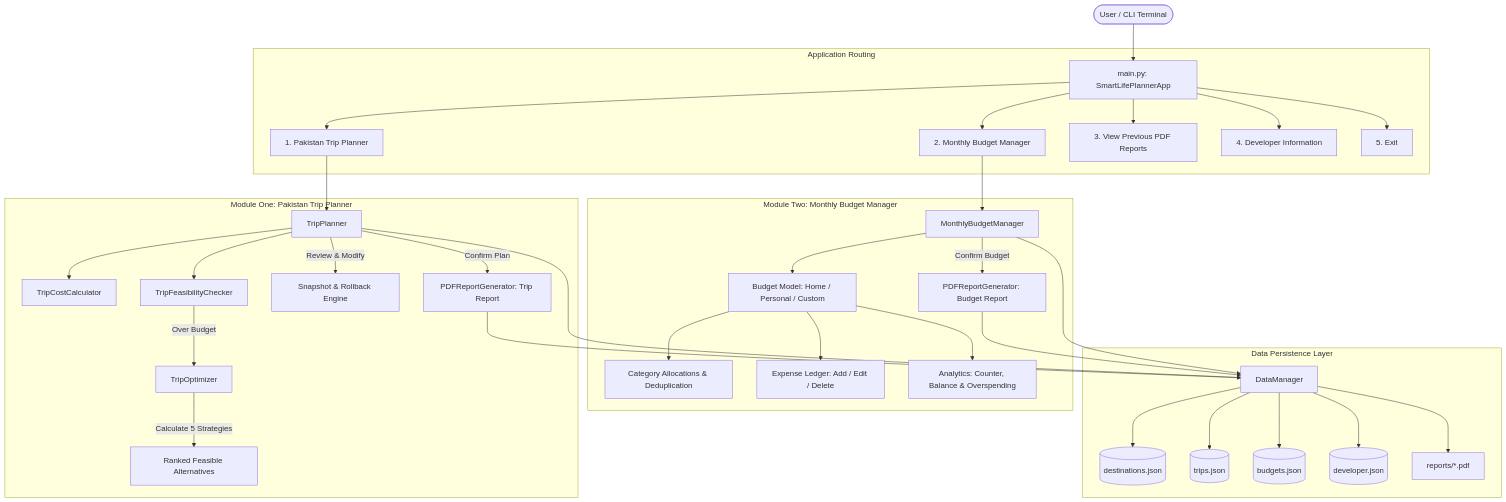
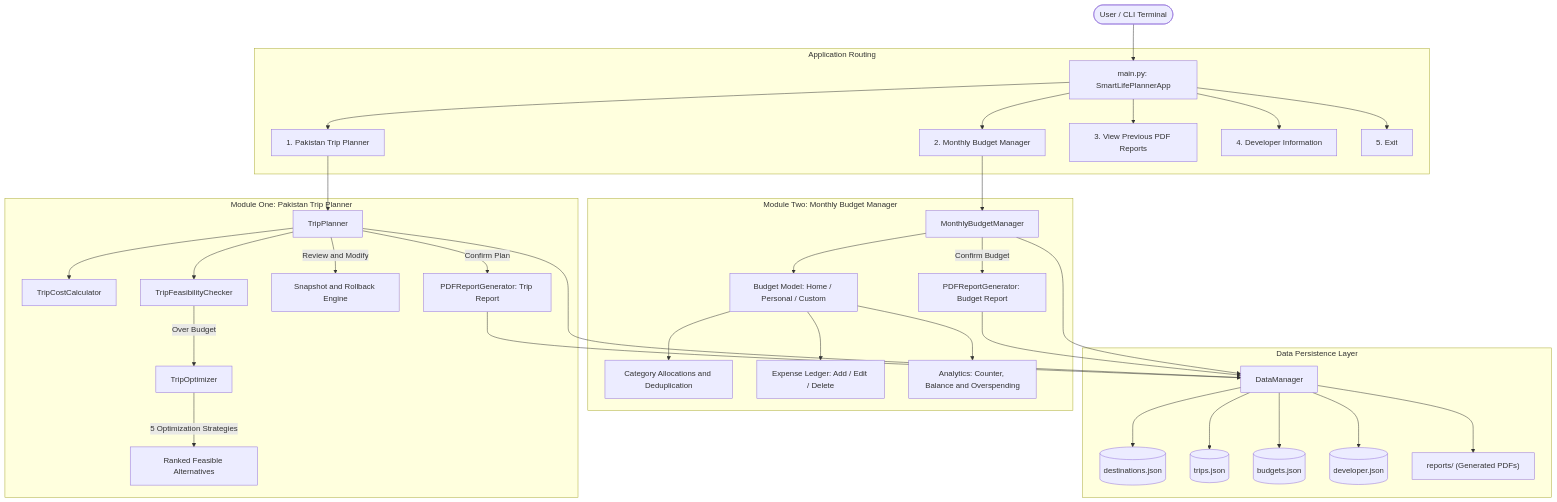
One commit to muhammadaliajaz/python-smart-life-planner changed the first of 3 diagrams in README.md. Above: the diagram before and after it, drawn with Mermaid. The commit also changed other lines of this file and 1 other file, not shown here.

Commit message:
Fix SVG banner rendering compatibility and Mermaid diagram syntax for GitHub

````diff
--- a/README.md
+++ b/README.md
@@ -56,41 +56,43 @@
 ```mermaid
 flowchart TD
-    User([User / CLI Terminal]) --> Main[main.py: SmartLifePlannerApp]
+    User(["User / CLI Terminal"]) --> Main["main.py: SmartLifePlannerApp"]
     
-    subgraph Navigation ["Application Routing"]
+    subgraph Navigation["Application Routing"]
         Main --> M1["1. Pakistan Trip Planner"]
         Main --> M2["2. Monthly Budget Manager"]
         Main --> M3["3. View Previous PDF Reports"]
         Main --> M4["4. Developer Information"]
         Main --> M5["5. Exit"]
     end
 
-    subgraph Module1 ["Module One: Pakistan Trip Planner"]
-        M1 --> TP[TripPlanner]
-        TP --> TC[TripCostCalculator]
-        TP --> TFC[TripFeasibilityChecker]
-        TFC -->|Over Budget| TO[TripOptimizer]
-        TO -->|Calculate 5 Strategies| TFR[Ranked Feasible Alternatives]
-        TP -->|Review & Modify| Rollback[Snapshot & Rollback Engine]
-        TP -->|Confirm Plan| PDF1[PDFReportGenerator: Trip Report]
+    subgraph Module1["Module One: Pakistan Trip Planner"]
+        M1 --> TP["TripPlanner"]
+        TP --> TC["TripCostCalculator"]
+        TP --> TFC["TripFeasibilityChecker"]
+        TFC -->|Over Budget| TO["TripOptimizer"]
+        TO -->|5 Optimization Strategies| TFR["Ranked Feasible Alternatives"]
+        TP -->|Review and Modify| Rollback["Snapshot and Rollback Engine"]
+        TP -->|Confirm Plan| PDF1["PDFReportGenerator: Trip Report"]
     end
 
-    subgraph Module2 ["Module Two: Monthly Budget Manager"]
-        M2 --> BM[MonthlyBudgetManager]
-        BM --> BModel[Budget Model: Home / Personal / Custom]
-        BModel --> CatMgr[Category Allocations & Deduplication]
-        BModel --> ExpMgr[Expense Ledger: Add / Edit / Delete]
-        BModel --> Analytics[Analytics: Counter, Balance & Overspending]
-        BM -->|Confirm Budget| PDF2[PDFReportGenerator: Budget Report]
+    subgraph Module2["Module Two: Monthly Budget Manager"]
+        M2 --> BM["MonthlyBudgetManager"]
+        BM --> BModel["Budget Model: Home / Personal / Custom"]
+        BModel --> CatMgr["Category Allocations and Deduplication"]
+        BModel --> ExpMgr["Expense Ledger: Add / Edit / Delete"]
+        BModel --> Analytics["Analytics: Counter, Balance and Overspending"]
+        BM -->|Confirm Budget| PDF2["PDFReportGenerator: Budget Report"]
     end
 
-    subgraph Storage ["Data Persistence Layer"]
-        PDF1 & PDF2 --> DM[DataManager]
-        TP & BM --> DM
-        DM --> JSON1[(destinations.json)]
-        DM --> JSON2[(trips.json)]
-        DM --> JSON3[(budgets.json)]
-        DM --> CFG[(developer.json)]
-        DM --> ReportsFolder[reports/*.pdf]
+    subgraph Storage["Data Persistence Layer"]
+        PDF1 --> DM["DataManager"]
+        PDF2 --> DM
+        TP --> DM
+        BM --> DM
+        DM --> JSON1[("destinations.json")]
+        DM --> JSON2[("trips.json")]
+        DM --> JSON3[("budgets.json")]
+        DM --> CFG[("developer.json")]
+        DM --> ReportsFolder["reports/ (Generated PDFs)"]
     end
 ```
````
